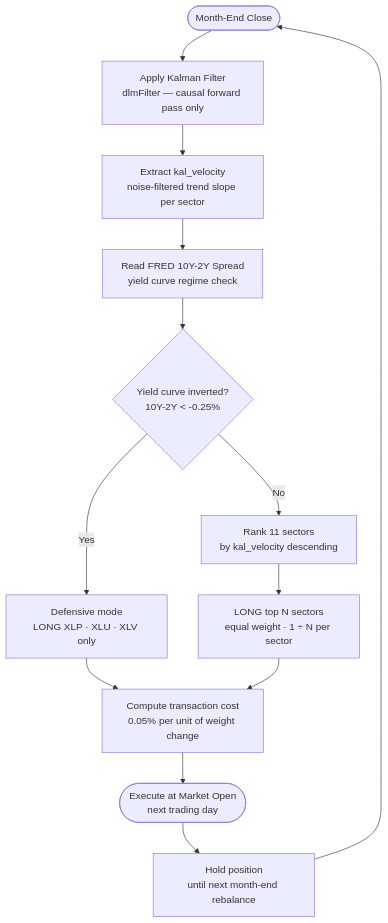
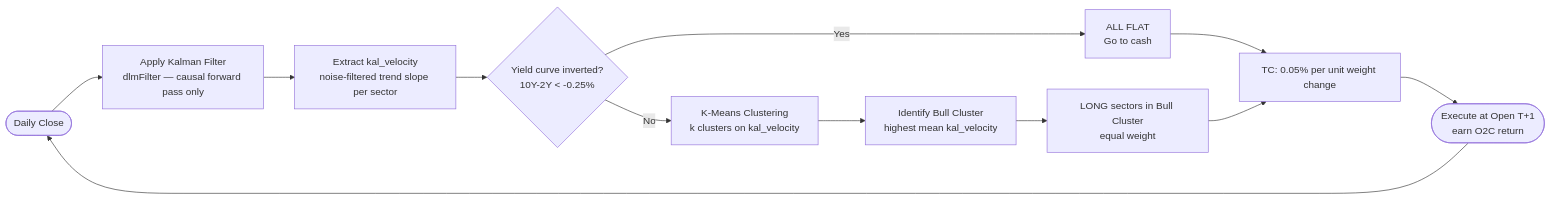
Before and after one commit to cvereschagin/QTP_Final: the first of 2 diagrams in momentum_sector_rotation.qmd, drawn with Mermaid. The commit also changed other lines of this file and 2 other files, not shown here.

Commit message:
removed defensive sector strategy

````diff
--- a/momentum_sector_rotation.qmd
+++ b/momentum_sector_rotation.qmd
@@ -134,15 +133,15 @@
 ```{mermaid}
-flowchart TD
-    A([Month-End Close]) --> B[Apply Kalman Filter\ndlmFilter — causal forward pass only]
+%%{init: {'theme': 'default'}}%%
+flowchart LR
+    A([Daily Close]) --> B[Apply Kalman Filter\ndlmFilter — causal forward pass only]
     B --> C[Extract kal_velocity\nnoise-filtered trend slope per sector]
-    C --> D[Read FRED 10Y-2Y Spread\nyield curve regime check]
-    D --> E{Yield curve inverted?\n10Y-2Y < -0.25%}
-    E -- Yes --> F[Defensive mode\nLONG XLP · XLU · XLV only]
-    E -- No --> G[Rank 11 sectors\nby kal_velocity descending]
-    G --> H[LONG top N sectors\nequal weight · 1 ÷ N per sector]
-    F --> I[Compute transaction cost\n0.05% per unit of weight change]
+    C --> D{Yield curve inverted?\n10Y-2Y < -0.25%}
+    D -- Yes --> E[ALL FLAT\nGo to cash]
+    D -- No --> F[K-Means Clustering\nk clusters on kal_velocity]
+    F --> G[Identify Bull Cluster\nhighest mean kal_velocity]
+    G --> H[LONG sectors in Bull Cluster\nequal weight]
+    E --> I[TC: 0.05% per unit weight change]
     H --> I
-    I --> J([Execute at Market Open\nnext trading day])
-    J --> K[Hold position\nuntil next month-end rebalance]
-    K --> A
+    I --> J([Execute at Open T+1\nearn O2C return])
+    J --> A
 ```
````
